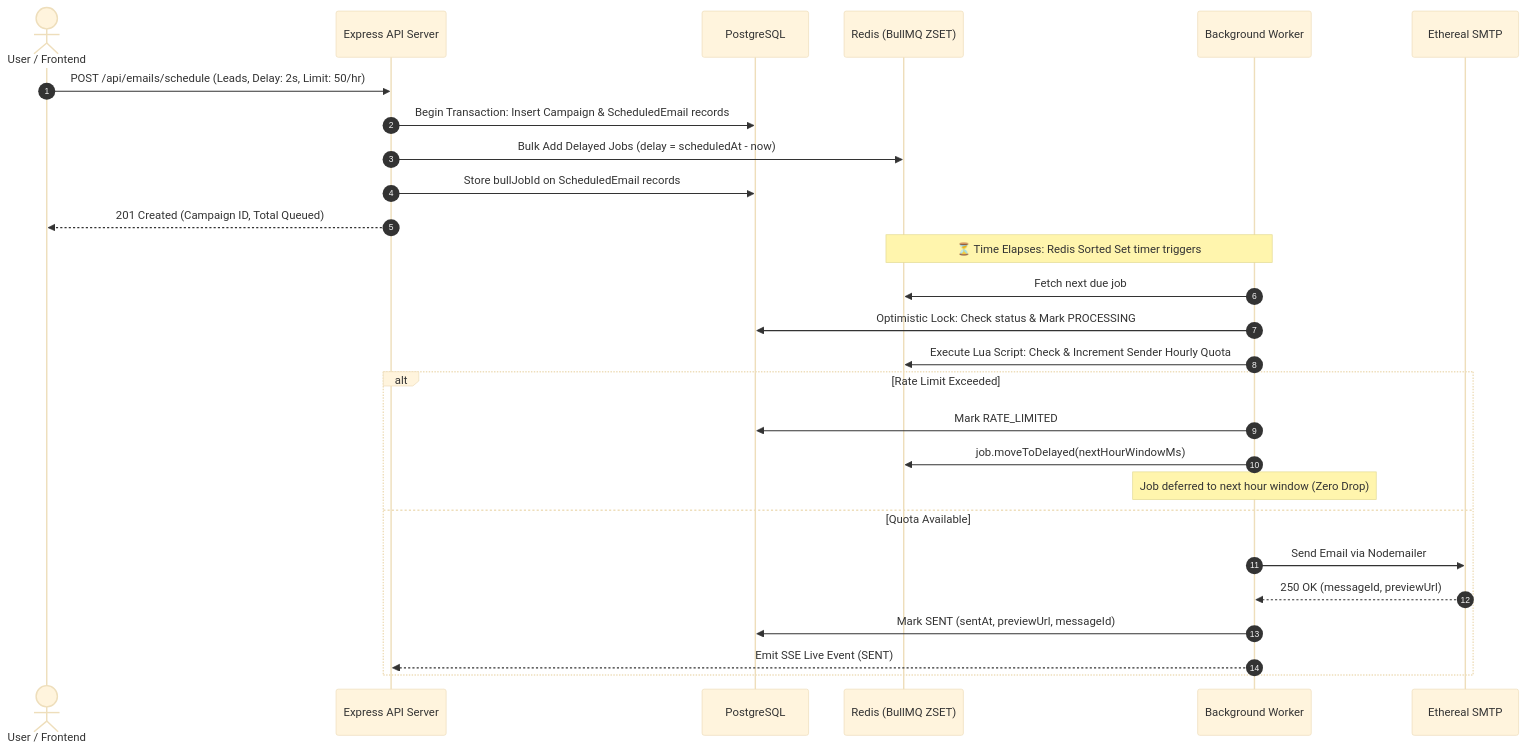
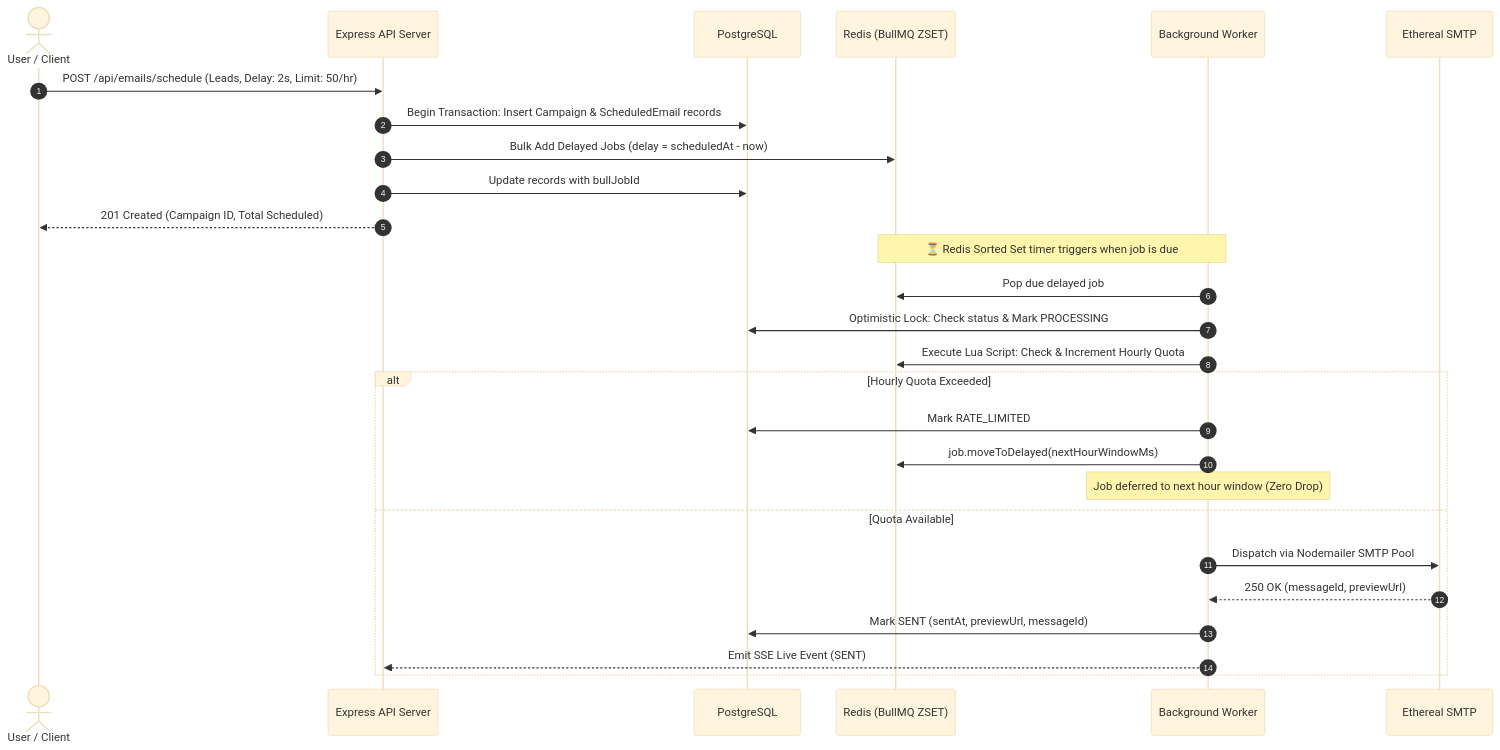
One commit to tanyaaa0070/eachinbox-scheduler changed the second of 2 diagrams in README.md. Above: the diagram before and after it, drawn with Mermaid (base theme). The commit also changed other lines of this file, not shown here.

````diff
--- a/README.md
+++ b/README.md
@@ -95,32 +109,32 @@
 ```mermaid
 sequenceDiagram
     autonumber
-    actor User as User / Frontend
+    actor User as User / Client
     participant API as Express API Server
     participant DB as PostgreSQL
     participant Redis as Redis (BullMQ ZSET)
     participant Worker as Background Worker
     participant Ethereal as Ethereal SMTP
 
     User->>API: POST /api/emails/schedule (Leads, Delay: 2s, Limit: 50/hr)
     API->>DB: Begin Transaction: Insert Campaign & ScheduledEmail records
     API->>Redis: Bulk Add Delayed Jobs (delay = scheduledAt - now)
-    API->>DB: Store bullJobId on ScheduledEmail records
-    API-->>User: 201 Created (Campaign ID, Total Queued)
+    API->>DB: Update records with bullJobId
+    API-->>User: 201 Created (Campaign ID, Total Scheduled)
 
-    Note over Redis,Worker: ⏳ Time Elapses: Redis Sorted Set timer triggers
-    Worker->>Redis: Fetch next due job
+    Note over Redis,Worker: ⏳ Redis Sorted Set timer triggers when job is due
+    Worker->>Redis: Pop due delayed job
     Worker->>DB: Optimistic Lock: Check status & Mark PROCESSING
-    Worker->>Redis: Execute Lua Script: Check & Increment Sender Hourly Quota
+    Worker->>Redis: Execute Lua Script: Check & Increment Hourly Quota
 
-    alt Rate Limit Exceeded
+    alt Hourly Quota Exceeded
         Worker->>DB: Mark RATE_LIMITED
         Worker->>Redis: job.moveToDelayed(nextHourWindowMs)
         Note over Worker: Job deferred to next hour window (Zero Drop)
     else Quota Available
-        Worker->>Ethereal: Send Email via Nodemailer
+        Worker->>Ethereal: Dispatch via Nodemailer SMTP Pool
         Ethereal-->>Worker: 250 OK (messageId, previewUrl)
         Worker->>DB: Mark SENT (sentAt, previewUrl, messageId)
         Worker-->>API: Emit SSE Live Event (SENT)
     end
 ```
````
